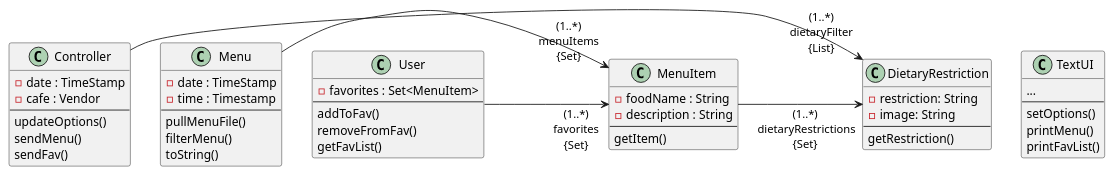
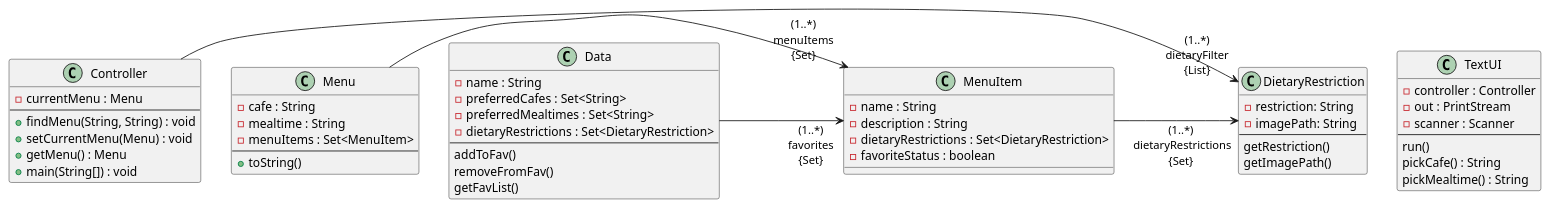
The diagram in doc/design.md (rkilpadi/vassar-dining-app), drawn with PlantUML before and after one commit. The commit also changed 2 other files, not shown here.

Commit message:
updated design doc

````diff
--- a/doc/design.md
+++ b/doc/design.md
@@ -1,53 +1,59 @@
 ```plantuml
-class TextUI{
-...
+class TextUI {
+-controller : Controller
+-out : PrintStream
+-scanner : Scanner
 --
-setOptions()
-printMenu()
-printFavList()
-}
-class Controller{
--date : TimeStamp
--cafe : Vendor
---
-updateOptions()
-sendMenu() 
-sendFav()
+run()
+pickCafe() : String
+pickMealtime() : String
 }
 
-class Menu{
--date : TimeStamp
--time : Timestamp
+class Controller {
+-currentMenu : Menu
 --
-pullMenuFile()
-filterMenu()
-toString()
++findMenu(String, String) : void
++setCurrentMenu(Menu) : void
++getMenu() : Menu
++main(String[]) : void
 }
 
-class MenuItem{
--foodName : String
+class Menu {
+-cafe : String
+-mealtime : String
+-menuItems : Set<MenuItem>
+--
++toString()
+}
+
+class MenuItem {
+-name : String
 -description : String
---
-getItem()
+-dietaryRestrictions : Set<DietaryRestriction>
+-favoriteStatus : boolean
 }
 
 class DietaryRestriction {
 -restriction: String
--image: String
+-imagePath: String
 --
 getRestriction()
+getImagePath()
 }
 
-class User{
--favorites : Set<MenuItem>
+class Data {
+-name : String
+-preferredCafes : Set<String>
+-preferredMealtimes : Set<String>
+-dietaryRestrictions : Set<DietaryRestriction>
 --
 addToFav()
 removeFromFav()
 getFavList()
 }
 
 Controller -> "(1..*)\n dietaryFilter \n{List}" DietaryRestriction : \t\t\t\t
 Menu -> "(1..*)\n menuItems \n{Set}" MenuItem: \t\t\t\t
 MenuItem -> "(1..*)\n dietaryRestrictions\n{Set}" DietaryRestriction: \t\t\t\t
-User -> "(1..*)\n favorites \n{Set}" MenuItem: \t\t\t\t
+Data -> "(1..*)\n favorites \n{Set}" MenuItem: \t\t\t\t
 ```
````
